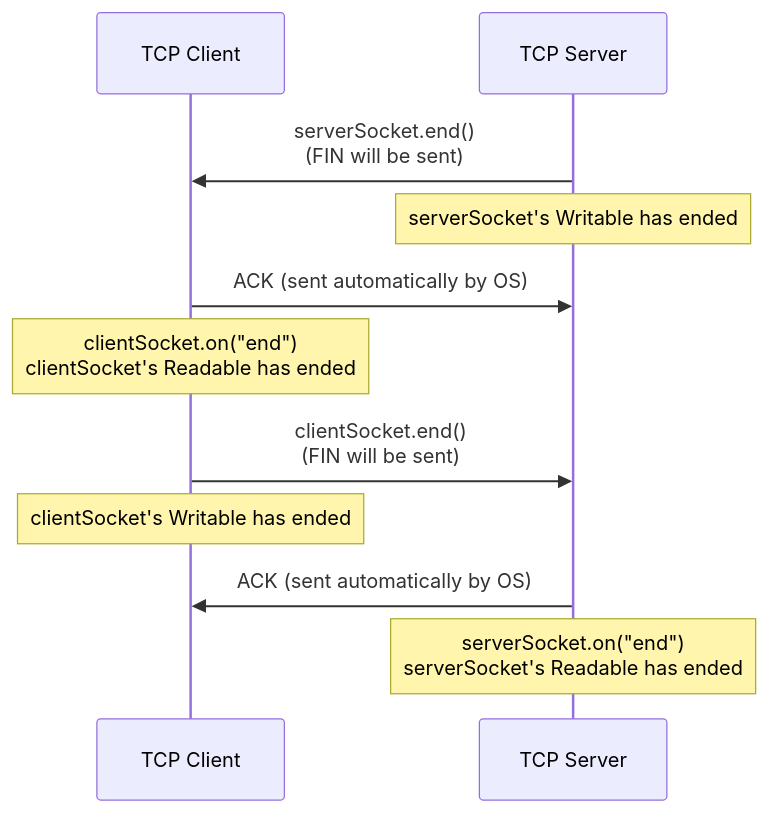
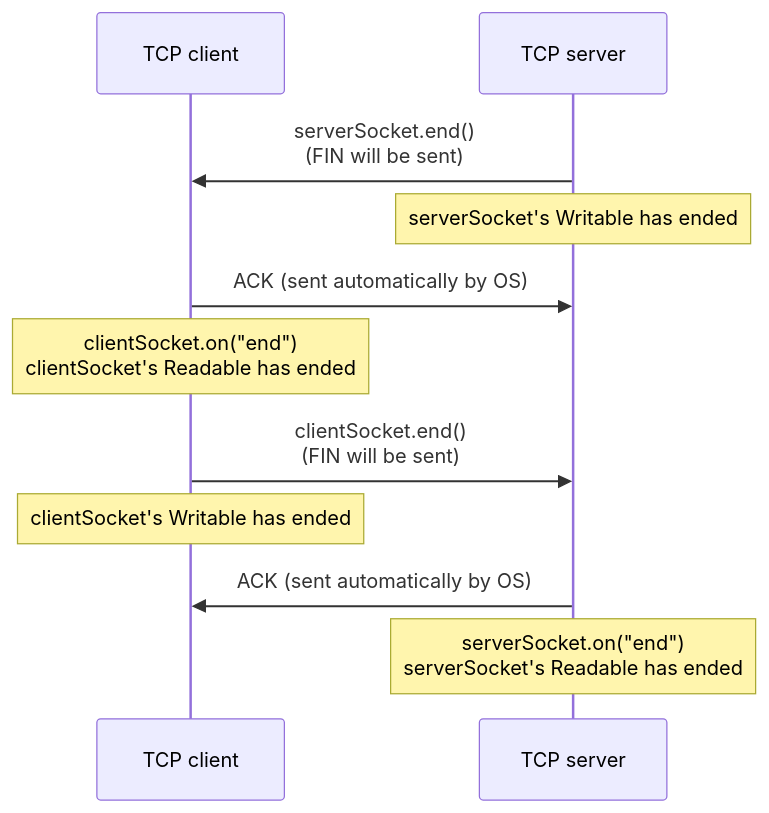
Before and after one commit to samuel871211/yusheng-tech-blog: the second of 4 diagrams in docs/nodejs/socket-life-cycle.md, drawn with Mermaid. The commit also changed other lines of this file and 3 other files, not shown here.

````diff
--- a/docs/nodejs/socket-life-cycle.md
+++ b/docs/nodejs/socket-life-cycle.md
@@ -522,15 +166,15 @@
 ```mermaid
 sequenceDiagram
-  participant TCP Client
-  participant TCP Server
+  participant TCP client
+  participant TCP server
 
-  TCP Server ->> TCP Client: serverSocket.end()<br/>(FIN will be sent)
-  Note Over TCP Server: serverSocket's Writable has ended
-  TCP Client ->> TCP Server: ACK (sent automatically by OS)
-  Note Over TCP Client: clientSocket.on("end")<br/>clientSocket's Readable has ended
+  TCP server ->> TCP client: serverSocket.end()<br/>(FIN will be sent)
+  Note Over TCP server: serverSocket's Writable has ended
+  TCP client ->> TCP server: ACK (sent automatically by OS)
+  Note Over TCP client: clientSocket.on("end")<br/>clientSocket's Readable has ended
 
-  TCP Client ->> TCP Server: clientSocket.end()<br/>(FIN will be sent)
-  Note Over TCP Client: clientSocket's Writable has ended
-  TCP Server ->> TCP Client: ACK (sent automatically by OS)
-  Note Over TCP Server: serverSocket.on("end")<br/>serverSocket's Readable has ended
+  TCP client ->> TCP server: clientSocket.end()<br/>(FIN will be sent)
+  Note Over TCP client: clientSocket's Writable has ended
+  TCP server ->> TCP client: ACK (sent automatically by OS)
+  Note Over TCP server: serverSocket.on("end")<br/>serverSocket's Readable has ended
 ```
````
